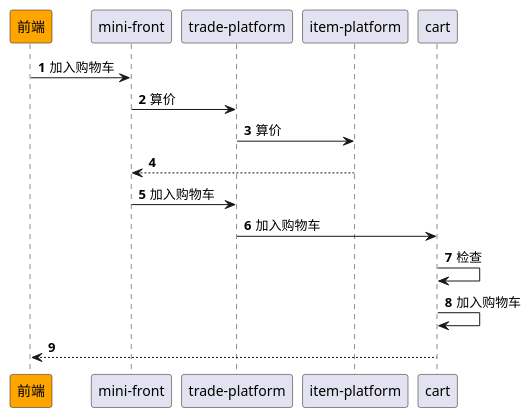
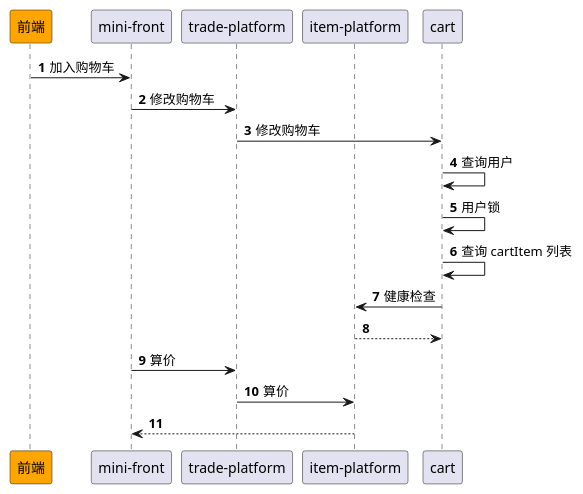
One commit to awesomecat2020/mock-mall changed the diagram in doc/Sequence/下单/加入购物车.puml. Above: the diagram before and after it, drawn with PlantUML. The commit also changed 4 other files, not shown here.

```diff
--- a/doc/Sequence/下单/加入购物车.puml
+++ b/doc/Sequence/下单/加入购物车.puml
@@ -1,23 +1,26 @@
 @startuml
 
 participant "前端" as f #orange
 participant "mini-front" as mf
 participant "trade-platform" as tp
 participant "item-platform" as ip
 participant "cart" as c
 
 autonumber
 ' price
 f -> mf: 加入购物车
+mf -> tp: 修改购物车
+tp -> c: 修改购物车
+c -> c: 查询用户
+c -> c: 用户锁
+c -> c: 查询 cartItem 列表
+c -> ip: 健康检查
+return
+
+
 ' 拿到 price、fee、memberPrice
 mf -> tp: 算价
 tp -> ip: 算价
 ip --> mf
 
-mf -> tp: 加入购物车
-tp -> c: 加入购物车
-c -> c: 检查
-c -> c: 加入购物车
-c --> f
-
 @enduml
```
